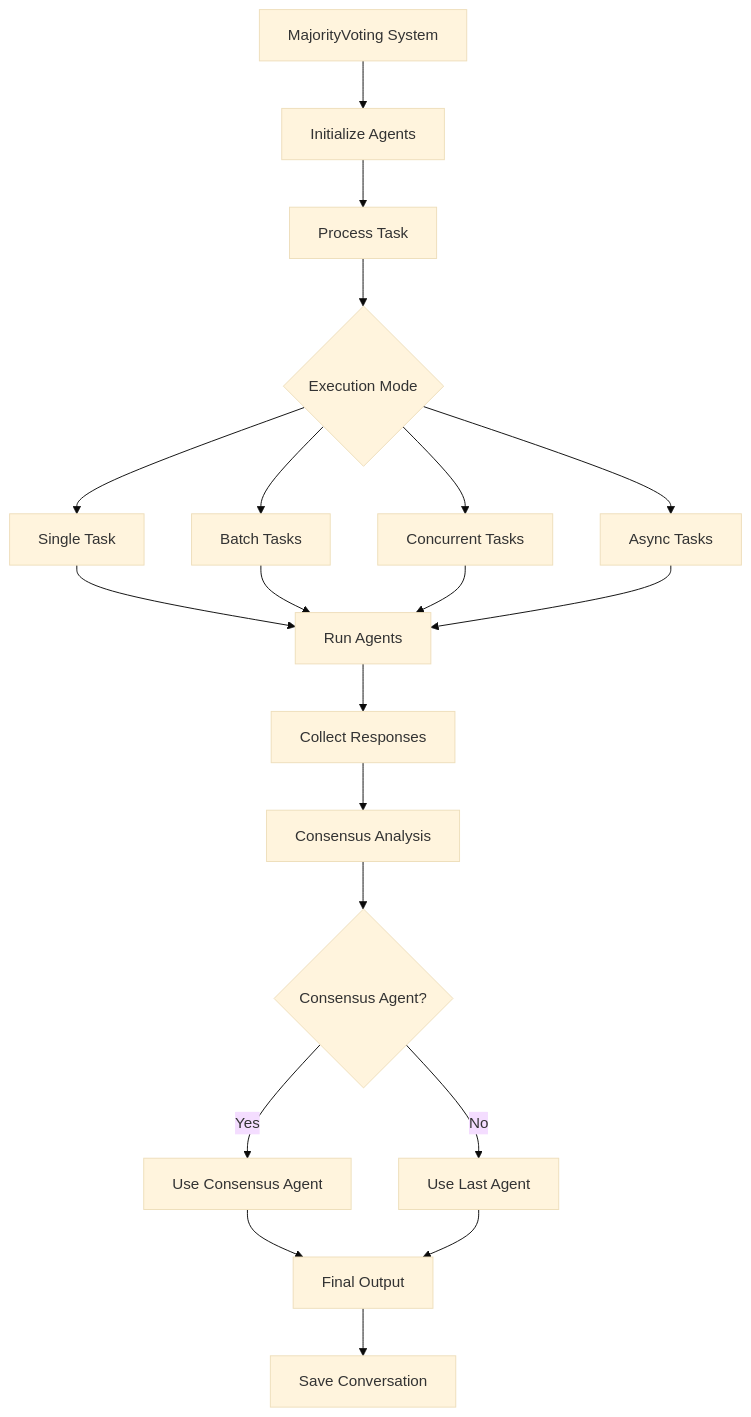
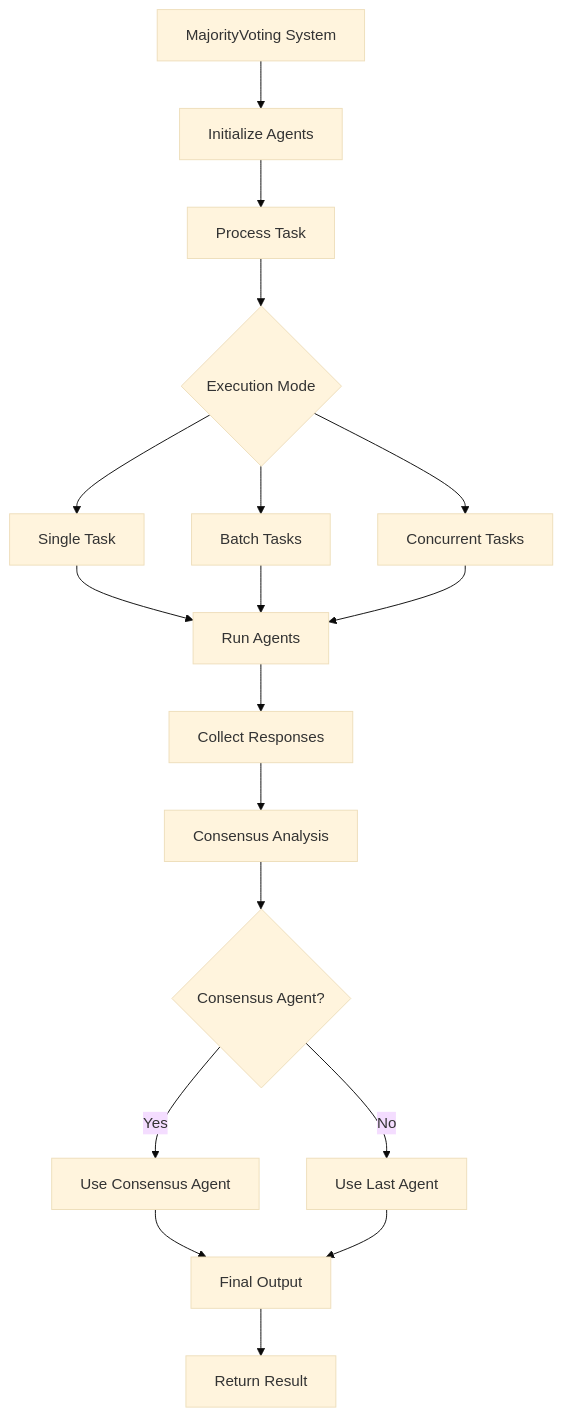
The diagram in docs/swarms/structs/majorityvoting.md (kyegomez/swarms), drawn with Mermaid (base theme) before and after one commit. The commit also changed other lines of this file and 16 other files, not shown here.

````diff
--- a/docs/swarms/structs/majorityvoting.md
+++ b/docs/swarms/structs/majorityvoting.md
@@ -7,22 +7,20 @@
 ```mermaid
 graph TD
     A[MajorityVoting System] --> B[Initialize Agents]
     B --> C[Process Task]
     C --> D{Execution Mode}
     D --> E[Single Task]
     D --> F[Batch Tasks]
     D --> G[Concurrent Tasks]
-    D --> H[Async Tasks]
-    E --> I[Run Agents]
-    F --> I
-    G --> I
-    H --> I
-    I --> J[Collect Responses]
-    J --> K[Consensus Analysis]
-    K --> L{Consensus Agent?}
-    L -->|Yes| M[Use Consensus Agent]
-    L -->|No| N[Use Last Agent]
-    M --> O[Final Output]
-    N --> O
-    O --> P[Save Conversation]
+    E --> H[Run Agents]
+    F --> H
+    G --> H
+    H --> I[Collect Responses]
+    I --> J[Consensus Analysis]
+    J --> K{Consensus Agent?}
+    K -->|Yes| L[Use Consensus Agent]
+    K -->|No| M[Use Last Agent]
+    L --> N[Final Output]
+    M --> N
+    N --> O[Return Result]
 ```
````
